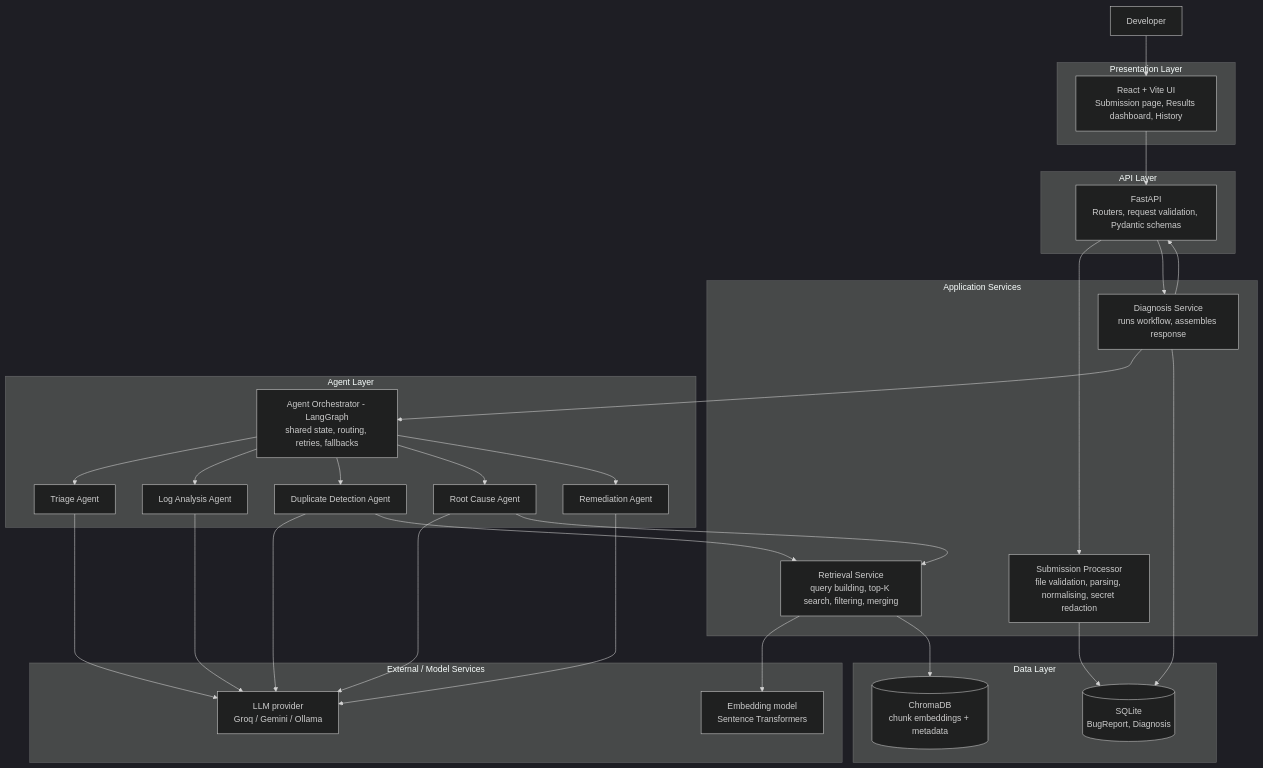
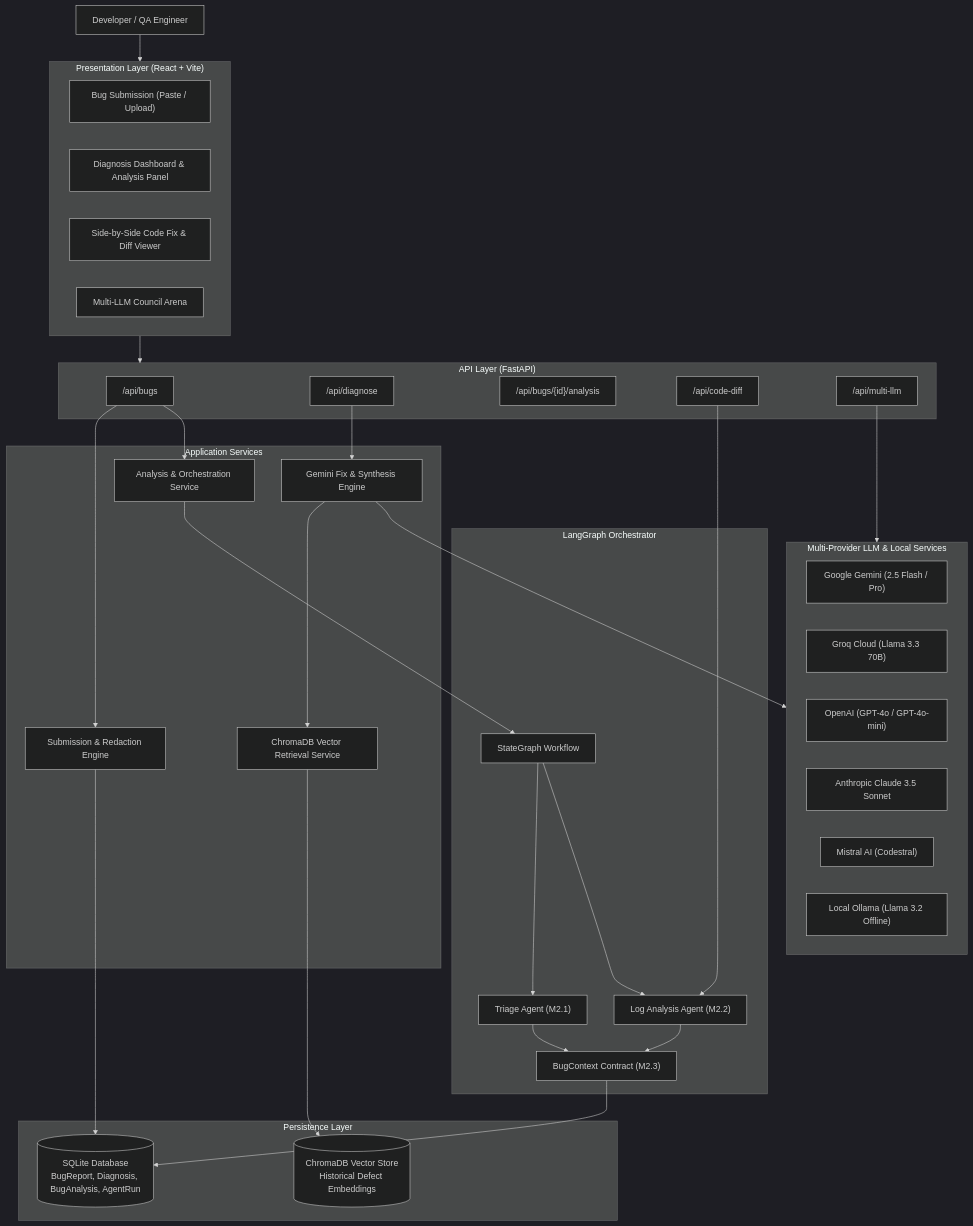
One commit to rithwikkolluru/Intelligent-Bug-Diagnosis-Platform changed the first of 2 diagrams in README.md. Above: the diagram before and after it, drawn with Mermaid (dark theme). The commit also changed other lines of this file, not shown here.

Commit message:
docs: update README with Milestone 1 and Milestone 2 completion status, architecture, and features

````diff
--- a/README.md
+++ b/README.md
@@ -72,49 +93,60 @@
 ```mermaid
 flowchart TB
-    DEV["Developer"]
+    DEV["Developer / QA Engineer"]
 
-    subgraph PRES["Presentation Layer"]
-        UI["React + Vite UI<br/>Submission page, Results dashboard, History"]
+    subgraph PRES["Presentation Layer (React + Vite)"]
+        UI1["Bug Submission (Paste / Upload)"]
+        UI2["Diagnosis Dashboard & Analysis Panel"]
+        UI3["Side-by-Side Code Fix & Diff Viewer"]
+        UI4["Multi-LLM Council Arena"]
     end
 
-    subgraph APIL["API Layer"]
-        API["FastAPI<br/>Routers, request validation, Pydantic schemas"]
+    subgraph APIL["API Layer (FastAPI)"]
+        B_API["/api/bugs"]
+        D_API["/api/diagnose"]
+        A_API["/api/bugs/{id}/analysis"]
+        C_API["/api/code-diff"]
+        M_API["/api/multi-llm"]
     end
 
     subgraph SVC["Application Services"]
-        SUB["Submission Processor<br/>file validation, parsing, normalising, secret redaction"]
-        RSV["Retrieval Service<br/>query building, top-K search, filtering, merging"]
-        DSV["Diagnosis Service<br/>runs workflow, assembles response"]
+        SUB["Submission & Redaction Engine"]
+        AN_SVC["Analysis & Orchestration Service"]
+        RAG_SVC["ChromaDB Vector Retrieval Service"]
+        GEM_SVC["Gemini Fix & Synthesis Engine"]
     end
 
-    subgraph AGL["Agent Layer"]
-        ORCH["Agent Orchestrator - LangGraph<br/>shared state, routing, retries, fallbacks"]
-        A1["Triage Agent"]
-        A2["Log Analysis Agent"]
-        A3["Duplicate Detection Agent"]
-        A4["Root Cause Agent"]
-        A5["Remediation Agent"]
+    subgraph ORCH_LAYER["LangGraph Orchestrator"]
+        GRAPH["StateGraph Workflow"]
+        A_TRIAGE["Triage Agent (M2.1)"]
+        A_LOG["Log Analysis Agent (M2.2)"]
+        CONTRACT["BugContext Contract (M2.3)"]
     end
 
-    subgraph DATA["Data Layer"]
-        SQL[("SQLite<br/>BugReport, Diagnosis")]
-        VDB[("ChromaDB<br/>chunk embeddings + metadata")]
+    subgraph STORAGE["Persistence Layer"]
+        SQL[("SQLite Database<br/>BugReport, Diagnosis, BugAnalysis, AgentRun")]
+        VDB[("ChromaDB Vector Store<br/>Historical Defect Embeddings")]
     end
 
-    subgraph EXT["External / Model Services"]
-        EMB["Embedding model<br/>Sentence Transformers"]
-        LLM["LLM provider<br/>Groq / Gemini / Ollama"]
+    subgraph LLM_LAYER["Multi-Provider LLM & Local Services"]
+        GEMINI["Google Gemini (2.5 Flash / Pro)"]
+        GROQ["Groq Cloud (Llama 3.3 70B)"]
+        OPENAI["OpenAI (GPT-4o / GPT-4o-mini)"]
+        ANTHROPIC["Anthropic Claude 3.5 Sonnet"]
+        MISTRAL["Mistral AI (Codestral)"]
+        OLLAMA["Local Ollama (Llama 3.2 Offline)"]
     end
 
-    DEV --> UI --> API
-    API --> SUB --> SQL
-    API --> DSV --> ORCH
-    ORCH --> A1 & A2 & A3 & A4 & A5
-    A1 & A2 & A3 & A4 & A5 --> LLM
-    A3 --> RSV
-    A4 --> RSV
-    RSV --> EMB
-    RSV --> VDB
-    DSV --> SQL
-    DSV --> API
+    DEV --> PRES
+    PRES --> APIL
+    B_API --> SUB --> SQL
+    B_API --> AN_SVC
+    AN_SVC --> GRAPH
+    GRAPH --> A_TRIAGE & A_LOG
+    A_TRIAGE & A_LOG --> CONTRACT --> SQL
+    D_API --> GEM_SVC
+    GEM_SVC --> RAG_SVC --> VDB
+    GEM_SVC --> LLM_LAYER
+    C_API --> A_LOG
+    M_API --> LLM_LAYER
 ```
````
